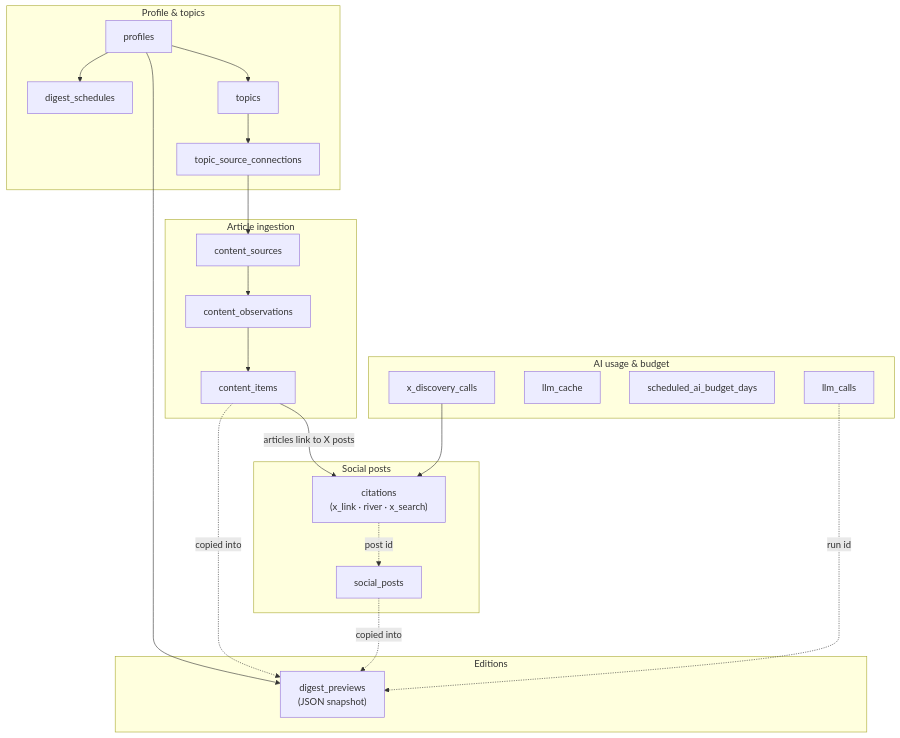
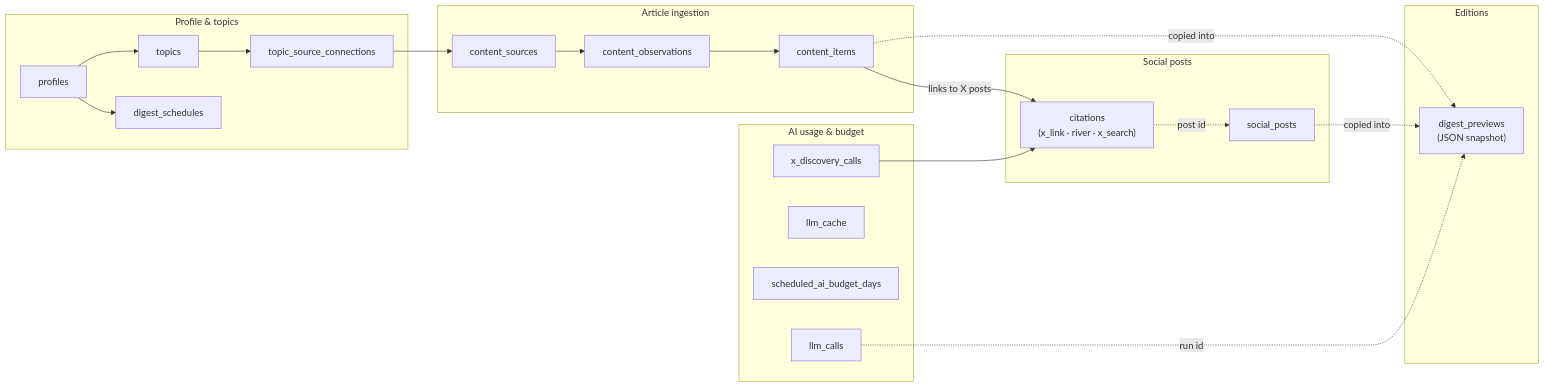
Before and after one commit to EmmadUsmani/news-digest: the first of 3 diagrams in docs/handbook/01-app/07-data-model.md, drawn with Mermaid. The commit also changed other lines of this file and 10 other files, not shown here.

First line of the commit message:
Handbook: audit and fix every diagram for overlaps and clarity

````diff
--- a/docs/handbook/01-app/07-data-model.md
+++ b/docs/handbook/01-app/07-data-model.md
@@ -15,30 +15,28 @@
 ```mermaid
-flowchart TB
+flowchart LR
   subgraph settings["Profile & topics"]
+    profiles --> topics --> tsc["topic_source_connections"]
     profiles --> schedules["digest_schedules"]
-    profiles --> topics
-    topics --> tsc["topic_source_connections"]
   end
   subgraph articles["Article ingestion"]
     sources["content_sources"] --> obs["content_observations"] --> items["content_items"]
   end
   subgraph social["Social posts"]
-    cites["citations<br/>(x_link · river · x_search)"] -. post id .-> posts["social_posts"]
+    cites["citations<br/>(x_link · river · x_search)"] -. "post id" .-> posts["social_posts"]
+  end
+  subgraph editions["Editions"]
+    previews["digest_previews<br/>(JSON snapshot)"]
   end
   subgraph ai["AI usage & budget"]
     calls["llm_calls"]
     cache["llm_cache"]
     reserve["scheduled_ai_budget_days"]
     xcalls["x_discovery_calls"]
   end
-  subgraph editions["Editions"]
-    previews["digest_previews<br/>(JSON snapshot)"]
-  end
   tsc --> sources
-  items -- "articles link to X posts" --> cites
+  items -- "links to X posts" --> cites
   xcalls --> cites
-  profiles --> previews
-  items -. copied into .-> previews
-  posts -. copied into .-> previews
-  calls -. run id .-> previews
+  items -. "copied into" .-> previews
+  posts -. "copied into" .-> previews
+  calls -. "run id" .-> previews
 ```
````
